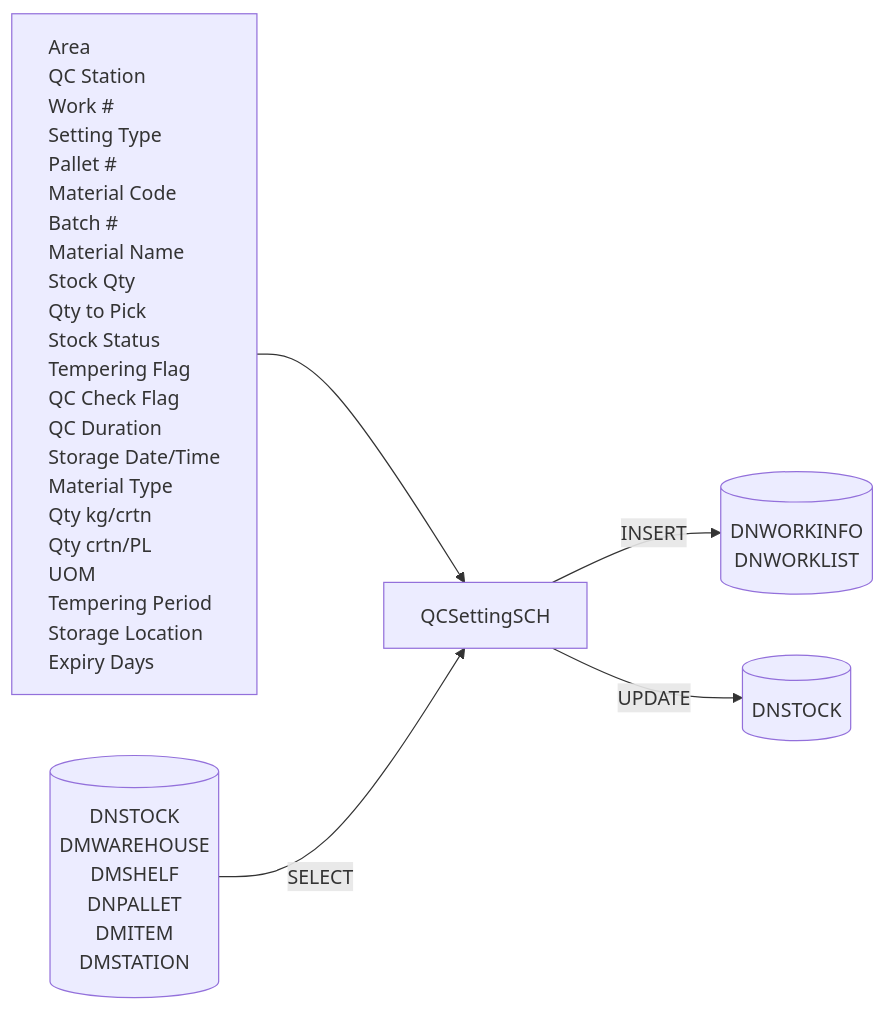
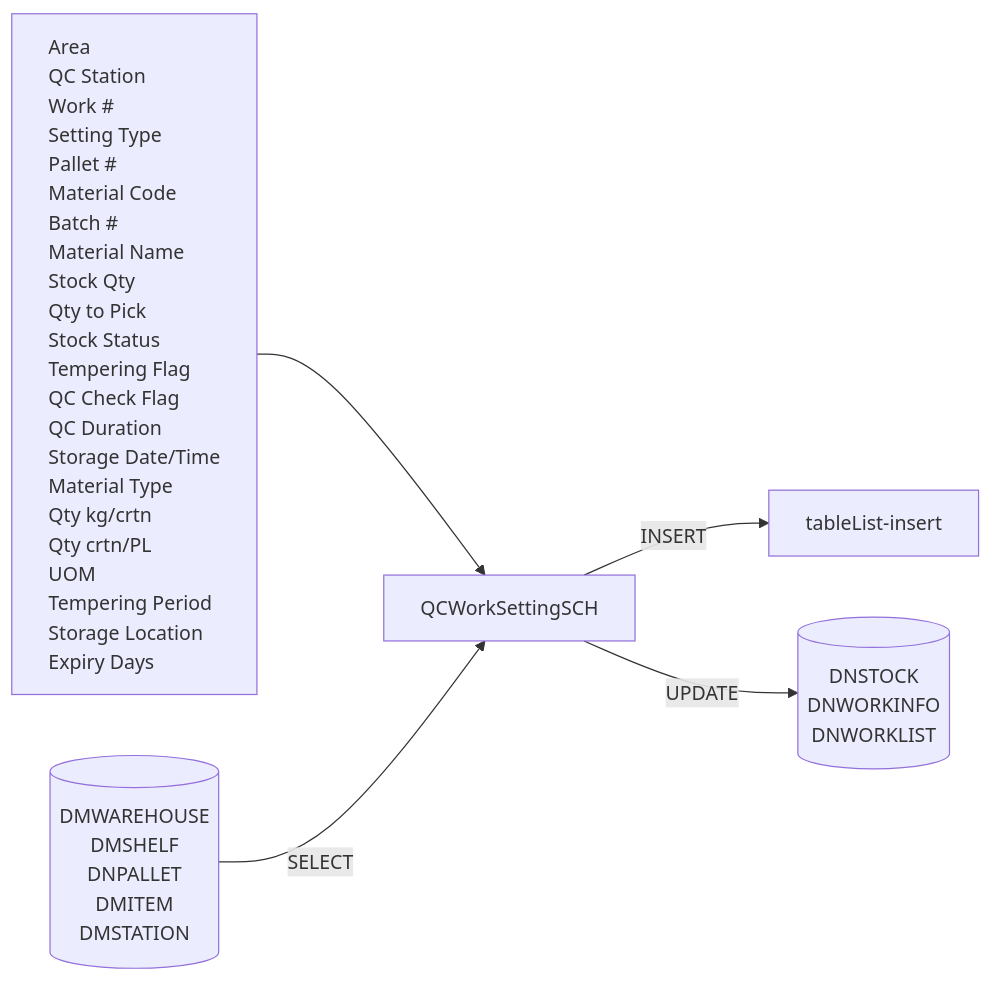
The fifth of 22 diagrams in Basic-Design/DFD-WMS/Retrieval/QC-Setting/QC-Work-from-Retrieval-for-QC-Start.md (luthfiadityaa/SimeDarby-Wiki), drawn with Mermaid before and after one commit.

Commit message:
Updated QC Work from Retrieval for QC Start

```diff
--- a/Basic-Design/DFD-WMS/Retrieval/QC-Setting/QC-Work-from-Retrieval-for-QC-Start.md
+++ b/Basic-Design/DFD-WMS/Retrieval/QC-Setting/QC-Work-from-Retrieval-for-QC-Start.md
@@ -128,54 +128,50 @@
 ::: mermaid
 flowchart LR
     input[
         Area
         QC Station
         Work #
         Setting Type               
         Pallet #
         Material Code
         Batch #
         Material Name
         Stock Qty
         Qty to Pick
         Stock Status
         Tempering Flag
         QC Check Flag
         QC Duration
         Storage Date/Time
         Material Type
         Qty kg/crtn
         Qty crtn/PL
         UOM
         Tempering Period
         Storage Location
         Expiry Days
     ]
 
-    tableList-insert[("
+     tableList-update[("
+        DNSTOCK
         DNWORKINFO
         DNWORKLIST
     ")]
 
-     tableList-update[("
-        DNSTOCK
-    ")]
-
      tableList-select[("
-        DNSTOCK
         DMWAREHOUSE
         DMSHELF
         DNPALLET
         DMITEM
         DMSTATION
     ")]
 
-    className[QCSettingSCH]
+    className[QCWorkSettingSCH]
 
     input --> className --> |INSERT| tableList-insert
     tableList-select --> |SELECT| className
     className --> |UPDATE| tableList-update
 
     classDef leftAlign text-align:left;
     class input leftAlign;
 :::
```
